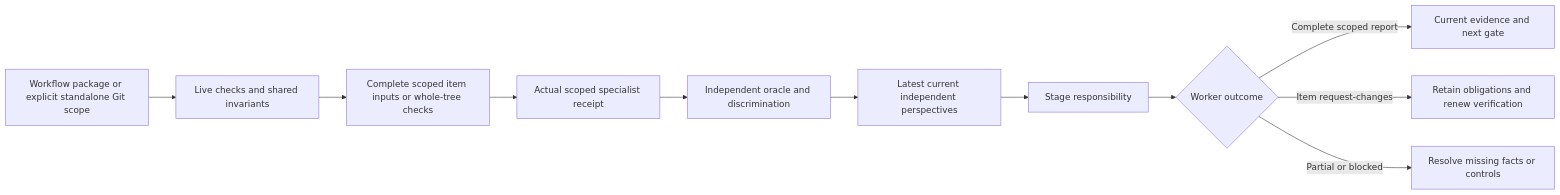
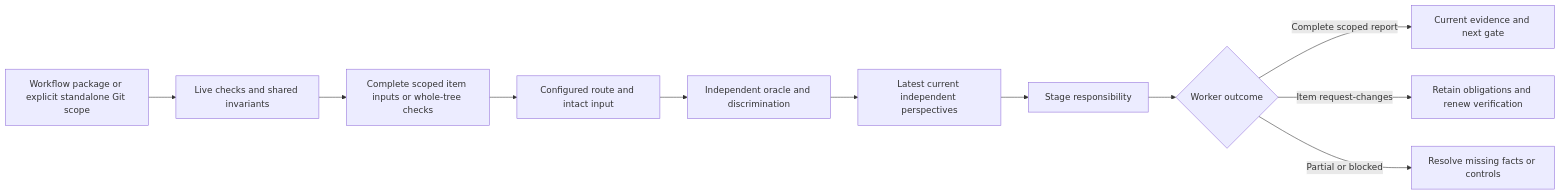
One commit to wgentil/devflow changed the diagram in skills/review-work/SKILL.md. Above: the diagram before and after it, drawn with Mermaid. The commit also changed other lines of this file and 38 other files, not shown here.

````diff
--- a/skills/review-work/SKILL.md
+++ b/skills/review-work/SKILL.md
@@ -18,13 +18,13 @@
 ```mermaid
 flowchart LR
     Scope[Workflow package or explicit standalone Git scope] --> Checks[Live checks and shared invariants]
     Checks --> Inputs[Complete scoped item inputs or whole-tree checks]
-    Inputs --> Model[Actual scoped specialist receipt]
+    Inputs --> Model[Configured route and intact input]
     Model --> Quality[Independent oracle and discrimination]
     Quality --> Coverage[Latest current independent perspectives]
     Coverage --> Work[Stage responsibility]
     Work --> Result{Worker outcome}
     Result -->|Complete scoped report| Evidence[Current evidence and next gate]
     Result -->|Item request-changes| Retry[Retain obligations and renew verification]
     Result -->|Partial or blocked| Recover[Resolve missing facts or controls]
 ```
````
